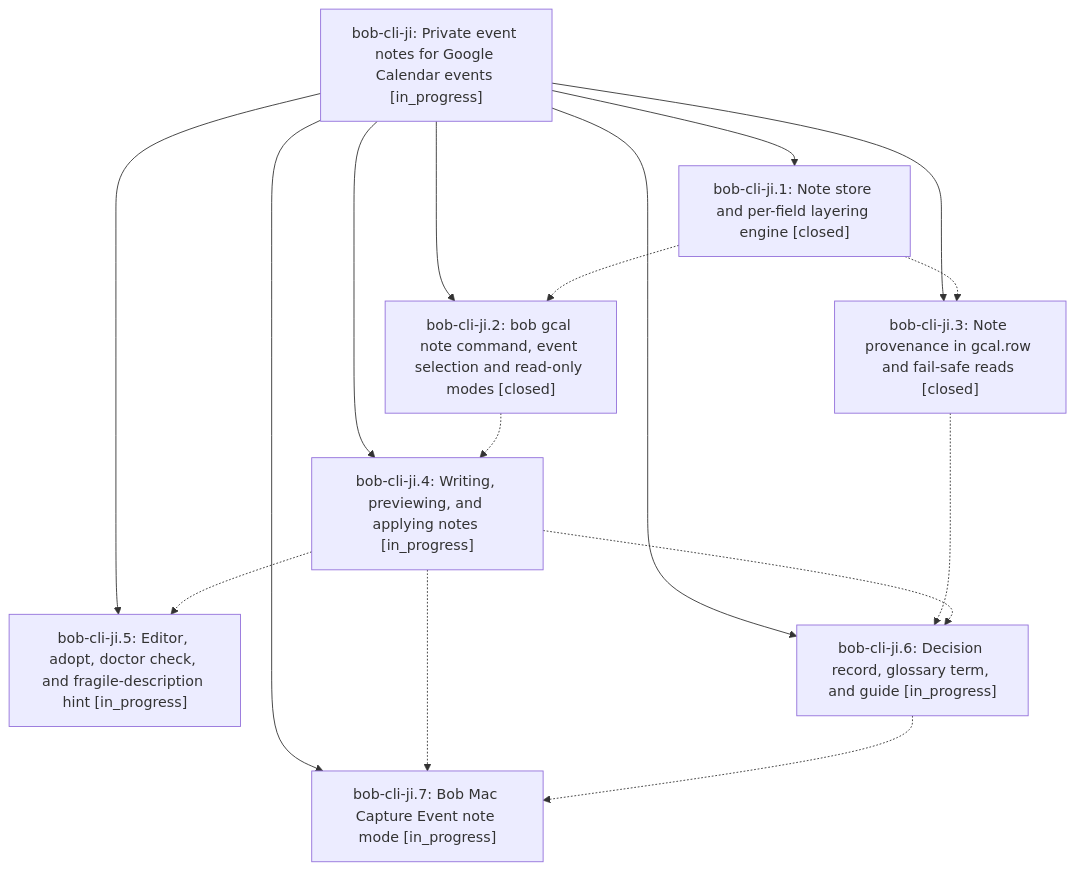
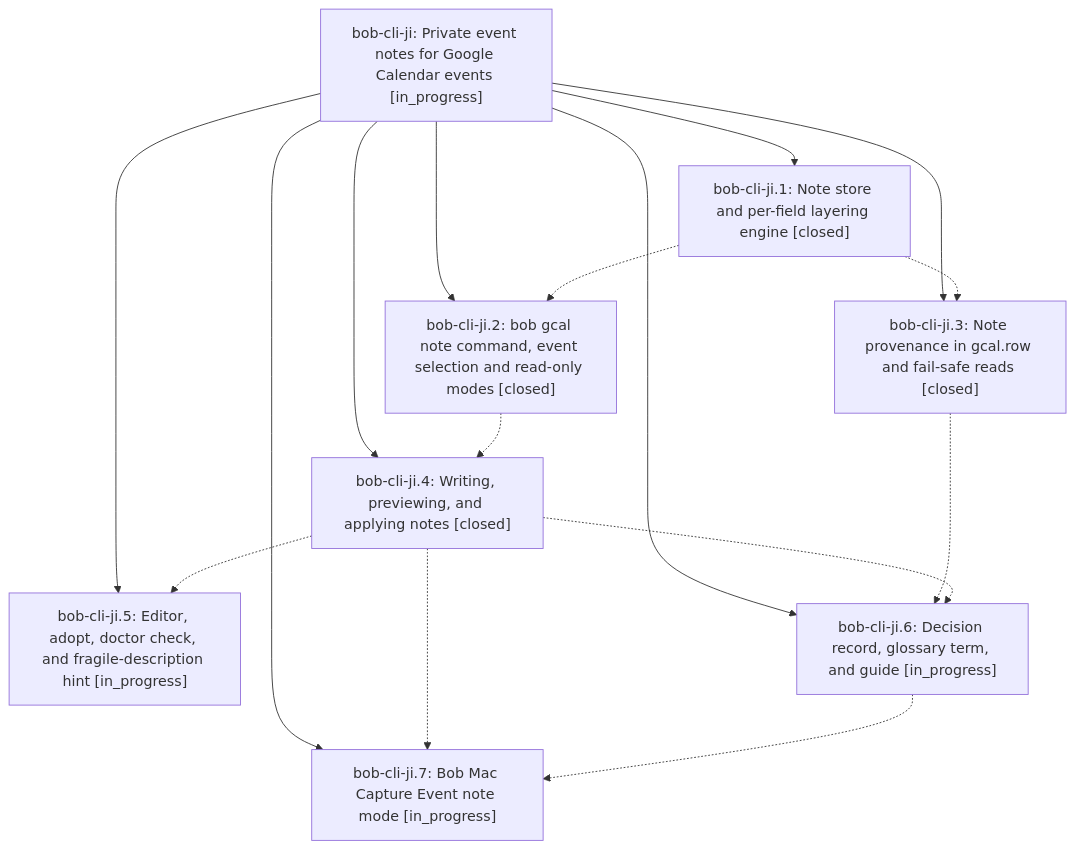
Before and after one commit to bobs-org/bob-cli--beads: the diagram in pages/bob-cli-ji/README.md, drawn with Mermaid. The commit also changed other lines of this file and 5 other files, not shown here.

First line of the commit message:
chore(beads): sync bead state and pages for bob-cli-ji

````diff
--- a/pages/bob-cli-ji/README.md
+++ b/pages/bob-cli-ji/README.md
@@ -42,26 +42,26 @@
 ```mermaid
 flowchart TD
     n0["bob-cli-ji: Private event notes for Google Calendar events [in_progress]"]
     n1["bob-cli-ji.1: Note store and per-field layering engine [closed]"]
     n2["bob-cli-ji.2: bob gcal note command, event selection and read-only modes [closed]"]
     n3["bob-cli-ji.3: Note provenance in gcal.row and fail-safe reads [closed]"]
-    n4["bob-cli-ji.4: Writing, previewing, and applying notes [in_progress]"]
+    n4["bob-cli-ji.4: Writing, previewing, and applying notes [closed]"]
     n5["bob-cli-ji.5: Editor, adopt, doctor check, and fragile-description hint [in_progress]"]
     n6["bob-cli-ji.6: Decision record, glossary term, and guide [in_progress]"]
     n7["bob-cli-ji.7: Bob Mac Capture Event note mode [in_progress]"]
     n0 --> n1
     n0 --> n2
     n0 --> n3
     n0 --> n4
     n0 --> n5
     n0 --> n6
     n0 --> n7
     n1 -.-> n2
     n1 -.-> n3
     n2 -.-> n4
     n3 -.-> n6
     n4 -.-> n5
     n4 -.-> n6
     n4 -.-> n7
     n6 -.-> n7
 ```
````
